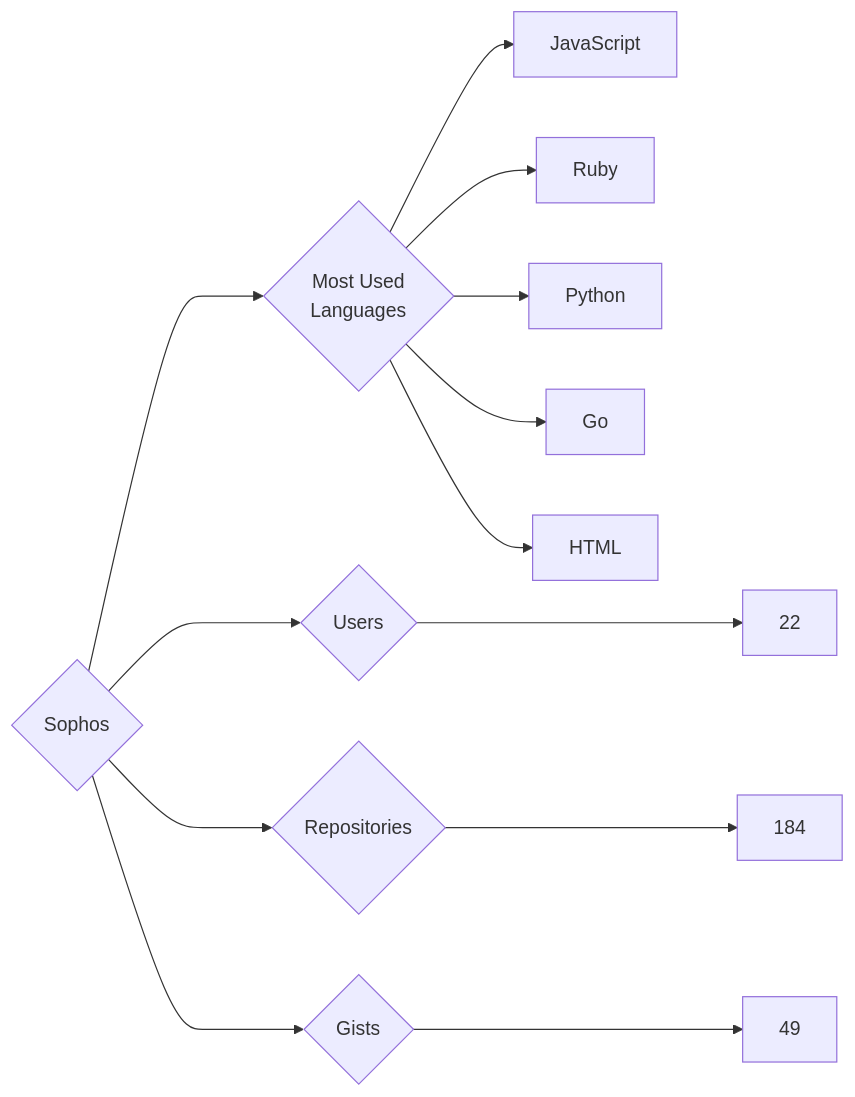
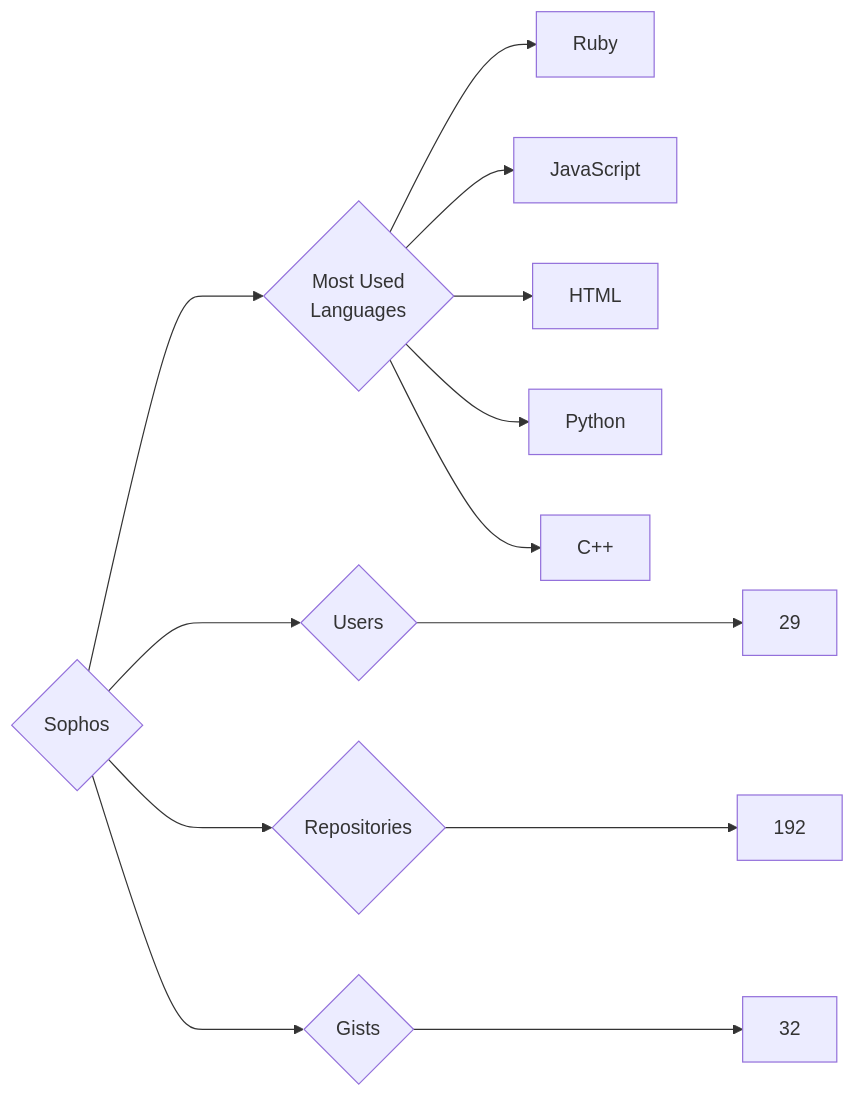
Before and after one commit to trickest/insiders: the diagram in targets/Sophos/README.md, drawn with Mermaid. The commit also changed 898 other files, not shown here.

````diff
--- a/targets/Sophos/README.md
+++ b/targets/Sophos/README.md
@@ -3,13 +3,13 @@
 ```mermaid
 graph LR
 COMPANY_NAME{Sophos}
-COMPANY_NAME ---> U{Users} ---> UN[22]
-COMPANY_NAME ---> R{Repositories} ---> RN[184]
-COMPANY_NAME ---> G{Gists} ---> GN[49]
+COMPANY_NAME ---> U{Users} ---> UN[29]
+COMPANY_NAME ---> R{Repositories} ---> RN[192]
+COMPANY_NAME ---> G{Gists} ---> GN[32]
 COMPANY_NAME ---> ML{Most Used<br>Languages}
+ML --> Ruby[Ruby]
 ML --> JavaScript[JavaScript]
-ML --> Ruby[Ruby]
+ML --> HTML[HTML]
 ML --> Python[Python]
-ML --> Go[Go]
-ML --> HTML[HTML]
+ML --> C++[C++]
 ```
````
